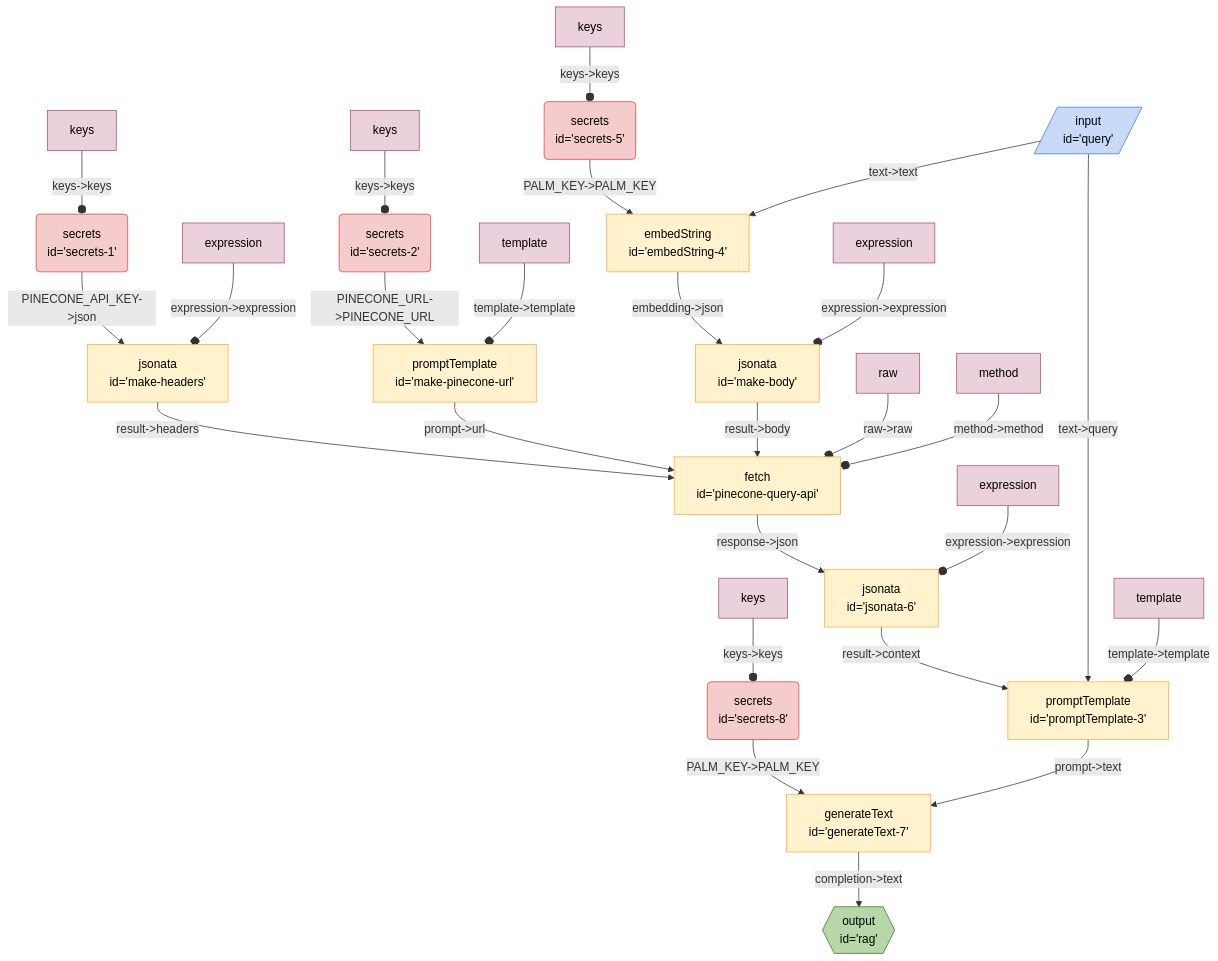
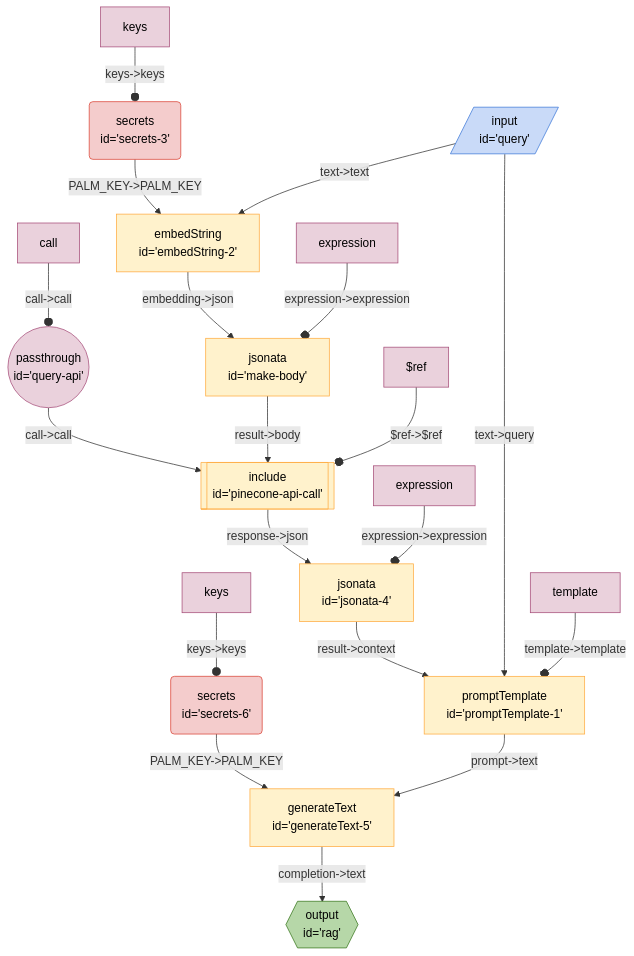
Before and after one commit to breadboard-ai/breadboard: the diagram in seeds/graph-playground/docs/graphs/pinecone-query.md, drawn with Mermaid. The commit also changed 5 other files, not shown here.

Commit message:
[graph-playground] Introduce `pinecone-vector-api` board.

````diff
--- a/seeds/graph-playground/docs/graphs/pinecone-query.md
+++ b/seeds/graph-playground/docs/graphs/pinecone-query.md
@@ -5,37 +5,30 @@
   ```mermaid
   %%{init: 'themeVariables': { 'fontFamily': 'Fira Code, monospace' }}%%
 graph TD;
-secrets1("secrets <br> id='secrets-1'"):::secrets -- "PINECONE_API_KEY->json" --> makeheaders["jsonata <br> id='make-headers'"]
-makeheaders["jsonata <br> id='make-headers'"] -- "result->headers" --> pineconequeryapi["fetch <br> id='pinecone-query-api'"]
-secrets2("secrets <br> id='secrets-2'"):::secrets -- "PINECONE_URL->PINECONE_URL" --> makepineconeurl["promptTemplate <br> id='make-pinecone-url'"]
-makepineconeurl["promptTemplate <br> id='make-pinecone-url'"] -- "prompt->url" --> pineconequeryapi["fetch <br> id='pinecone-query-api'"]
-secrets5("secrets <br> id='secrets-5'"):::secrets -- "PALM_KEY->PALM_KEY" --> embedString4["embedString <br> id='embedString-4'"]
-jsonata6["jsonata <br> id='jsonata-6'"] -- "result->context" --> promptTemplate3["promptTemplate <br> id='promptTemplate-3'"]
-pineconequeryapi["fetch <br> id='pinecone-query-api'"] -- "response->json" --> jsonata6["jsonata <br> id='jsonata-6'"]
-makebody["jsonata <br> id='make-body'"] -- "result->body" --> pineconequeryapi["fetch <br> id='pinecone-query-api'"]
-embedString4["embedString <br> id='embedString-4'"] -- "embedding->json" --> makebody["jsonata <br> id='make-body'"]
-query[/"input <br> id='query'"/]:::input -- "text->text" --> embedString4["embedString <br> id='embedString-4'"]
-query[/"input <br> id='query'"/]:::input -- "text->query" --> promptTemplate3["promptTemplate <br> id='promptTemplate-3'"]
-secrets8("secrets <br> id='secrets-8'"):::secrets -- "PALM_KEY->PALM_KEY" --> generateText7["generateText <br> id='generateText-7'"]
-generateText7["generateText <br> id='generateText-7'"] -- "completion->text" --> rag{{"output <br> id='rag'"}}:::output
-promptTemplate3["promptTemplate <br> id='promptTemplate-3'"] -- "prompt->text" --> generateText7["generateText <br> id='generateText-7'"]
-expressionmakeheaders[expression]:::config -- "expression->expression" --o makeheaders
-keyssecrets1[keys]:::config -- "keys->keys" --o secrets1
-rawpineconequeryapi[raw]:::config -- "raw->raw" --o pineconequeryapi
-methodpineconequeryapi[method]:::config -- "method->method" --o pineconequeryapi
-templatemakepineconeurl[template]:::config -- "template->template" --o makepineconeurl
-keyssecrets2[keys]:::config -- "keys->keys" --o secrets2
+queryapi(("passthrough <br> id='query-api'")):::passthrough -- "call->call" --> pineconeapicall[["include <br> id='pinecone-api-call'"]]:::include
+secrets3("secrets <br> id='secrets-3'"):::secrets -- "PALM_KEY->PALM_KEY" --> embedString2["embedString <br> id='embedString-2'"]
+jsonata4["jsonata <br> id='jsonata-4'"] -- "result->context" --> promptTemplate1["promptTemplate <br> id='promptTemplate-1'"]
+pineconeapicall[["include <br> id='pinecone-api-call'"]]:::include -- "response->json" --> jsonata4["jsonata <br> id='jsonata-4'"]
+makebody["jsonata <br> id='make-body'"] -- "result->body" --> pineconeapicall[["include <br> id='pinecone-api-call'"]]:::include
+embedString2["embedString <br> id='embedString-2'"] -- "embedding->json" --> makebody["jsonata <br> id='make-body'"]
+query[/"input <br> id='query'"/]:::input -- "text->text" --> embedString2["embedString <br> id='embedString-2'"]
+query[/"input <br> id='query'"/]:::input -- "text->query" --> promptTemplate1["promptTemplate <br> id='promptTemplate-1'"]
+secrets6("secrets <br> id='secrets-6'"):::secrets -- "PALM_KEY->PALM_KEY" --> generateText5["generateText <br> id='generateText-5'"]
+generateText5["generateText <br> id='generateText-5'"] -- "completion->text" --> rag{{"output <br> id='rag'"}}:::output
+promptTemplate1["promptTemplate <br> id='promptTemplate-1'"] -- "prompt->text" --> generateText5["generateText <br> id='generateText-5'"]
 expressionmakebody[expression]:::config -- "expression->expression" --o makebody
-templatepromptTemplate3[template]:::config -- "template->template" --o promptTemplate3
-keyssecrets5[keys]:::config -- "keys->keys" --o secrets5
-expressionjsonata6[expression]:::config -- "expression->expression" --o jsonata6
-keyssecrets8[keys]:::config -- "keys->keys" --o secrets8
+templatepromptTemplate1[template]:::config -- "template->template" --o promptTemplate1
+$refpineconeapicall[$ref]:::config -- "$ref->$ref" --o pineconeapicall
+callqueryapi[call]:::config -- "call->call" --o queryapi
+keyssecrets3[keys]:::config -- "keys->keys" --o secrets3
+expressionjsonata4[expression]:::config -- "expression->expression" --o jsonata4
+keyssecrets6[keys]:::config -- "keys->keys" --o secrets6
 classDef default stroke:#ffab40,fill:#fff2ccff,color:#000
 classDef input stroke:#3c78d8,fill:#c9daf8ff,color:#000
 classDef output stroke:#38761d,fill:#b6d7a8ff,color:#000
 classDef passthrough stroke:#a64d79,fill:#ead1dcff,color:#000
 classDef slot stroke:#a64d79,fill:#ead1dcff,color:#000
 classDef config stroke:#a64d79,fill:#ead1dcff,color:#000
 classDef secrets stroke:#db4437,fill:#f4cccc,color:#000
 classDef slotted stroke:#a64d79
   ```
````
